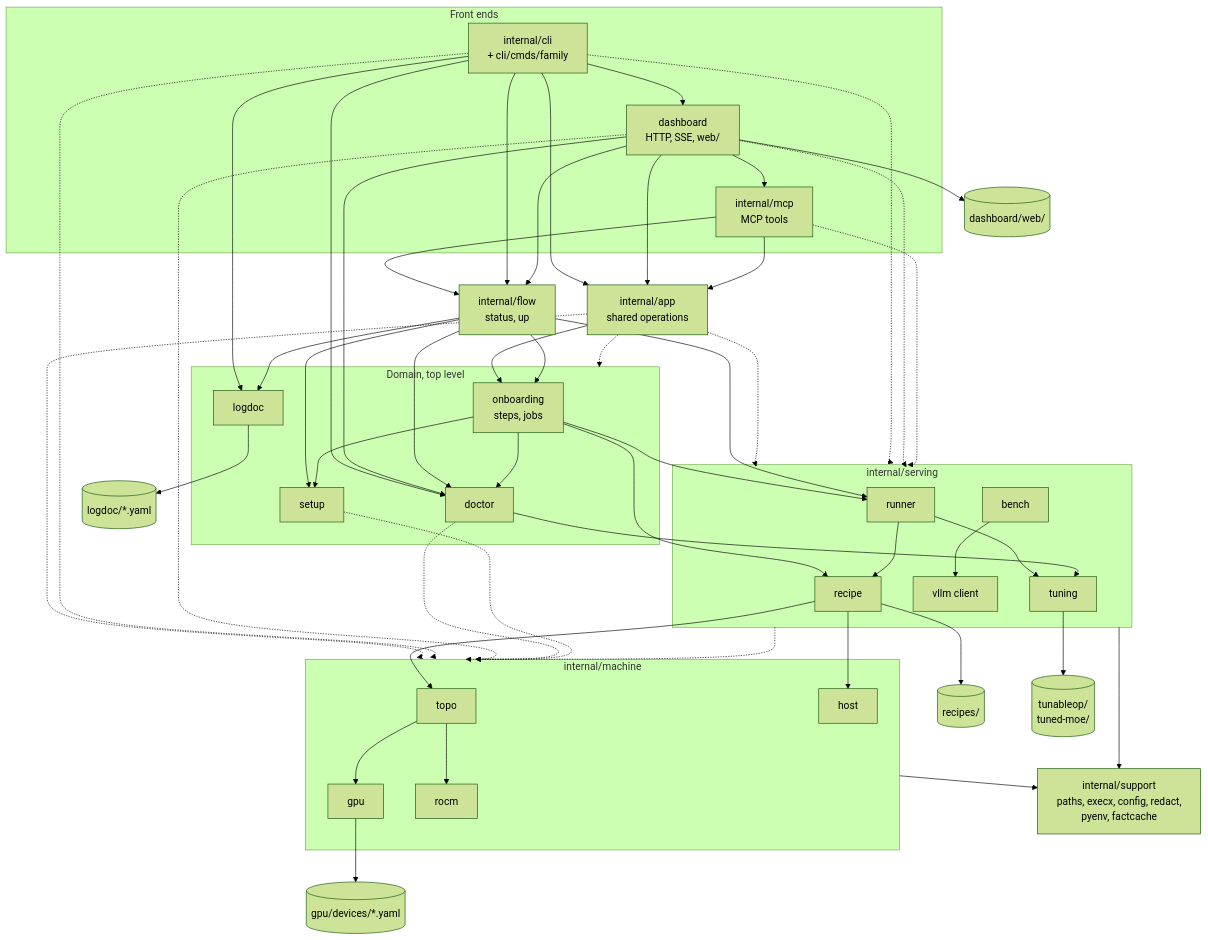
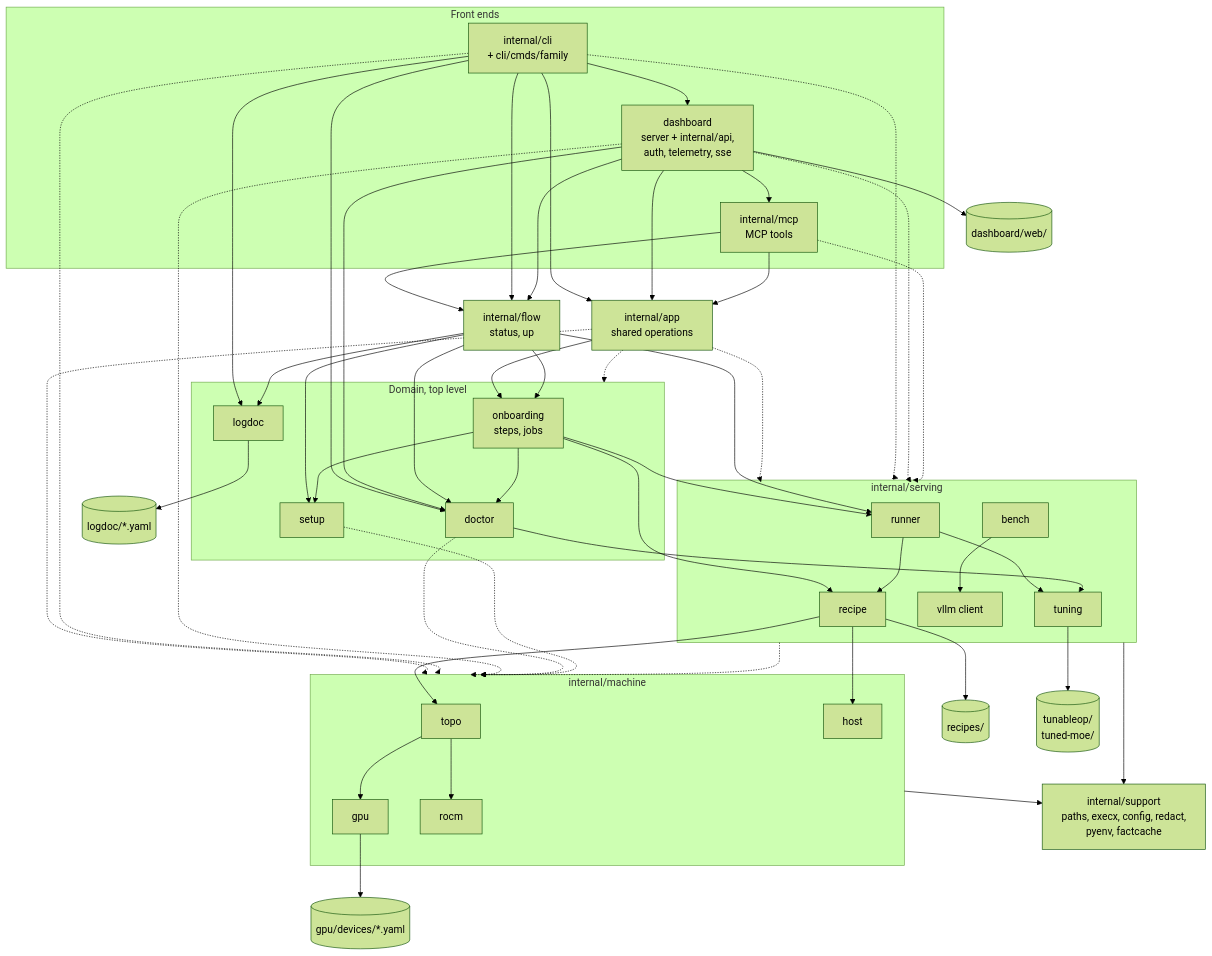
Before and after one commit to opengfx1030/bernie: the first of 7 diagrams in docs/architecture.md, drawn with Mermaid (forest theme). The commit also changed other lines of this file and 3 other files, not shown here.

````diff
--- a/docs/architecture.md
+++ b/docs/architecture.md
@@ -24,82 +24,82 @@
 ```mermaid
 flowchart TB
   subgraph front["Front ends"]
     CLI["internal/cli<br/>+ cli/cmds/family"]
-    DASH["dashboard<br/>HTTP, SSE, web/"]
+    DASH["dashboard<br/>server + internal/api,<br/>auth, telemetry, sse"]
     MCP["internal/mcp<br/>MCP tools"]
   end
   APP["internal/app<br/>shared operations"]
   FLOW["internal/flow<br/>status, up"]
   subgraph top["Domain, top level"]
     DOC["doctor"]
     SET["setup"]
     LOG["logdoc"]
     ONB["onboarding<br/>steps, jobs"]
   end
   subgraph serving["internal/serving"]
     RUN["runner"]
     REC["recipe"]
     TUN["tuning"]
     BEN["bench"]
     VLLM["vllm client"]
   end
   subgraph machine["internal/machine"]
     TOPO["topo"]
     GPU["gpu"]
     HOST["host"]
     ROCM["rocm"]
   end
   SUP["internal/support<br/>paths, execx, config, redact,<br/>pyenv, factcache"]
   D1[("gpu/devices/*.yaml")]
   D2[("recipes/")]
   D3[("tunableop/<br/>tuned-moe/")]
   D4[("logdoc/*.yaml")]
   D5[("dashboard/web/")]
   CLI --> APP
   DASH --> APP
   MCP --> APP
   APP --> ONB
   FLOW --> ONB
   MCP --> FLOW
   DASH --> MCP
   APP -.-> top
   APP -.-> serving
   APP -.-> machine
   CLI --> FLOW
   CLI --> DASH
   CLI --> DOC
   DASH --> FLOW
   CLI --> LOG
   DASH --> DOC
   FLOW --> DOC
   FLOW --> SET
   FLOW --> RUN
   FLOW --> LOG
   ONB --> DOC
   ONB --> SET
   ONB --> REC
   ONB --> RUN
   RUN --> REC
   RUN --> TUN
   REC --> TOPO
   REC --> HOST
   DOC --> TUN
   TOPO --> GPU
   TOPO --> ROCM
   BEN --> VLLM
   CLI -.-> serving
   DASH -.-> serving
   MCP -.-> serving
   CLI -.-> machine
   DASH -.-> machine
   DOC -.-> machine
   SET -.-> machine
   serving -.-> machine
   machine --> SUP
   serving --> SUP
   GPU --> D1
   REC --> D2
   TUN --> D3
   LOG --> D4
   DASH --> D5
 ```
````
